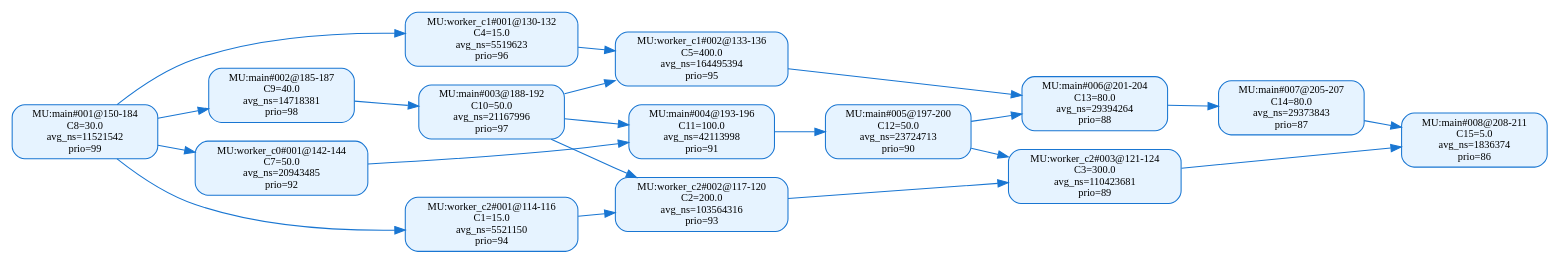
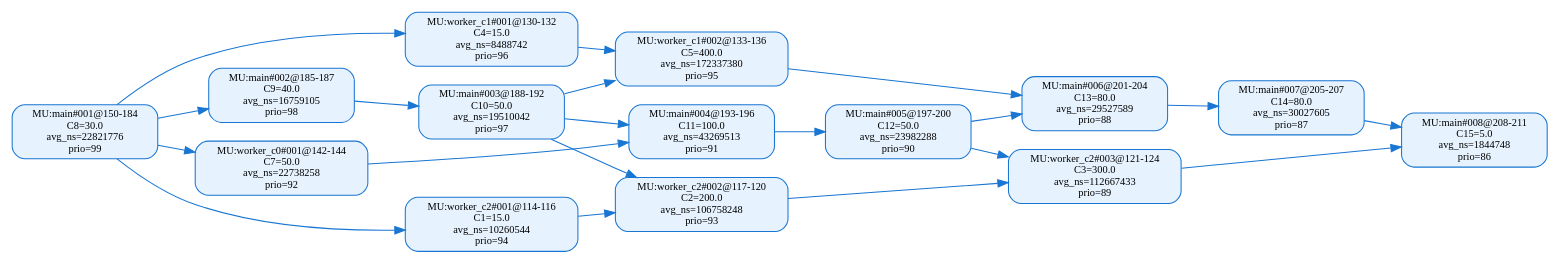
The diagram in 中间结果/zhang2/pipeline/validation/level2/effective_line_merge/lpf/dag_seg_annotated_value.dot (RTS-SYSU/DAG-Gen), drawn with Graphviz before and after one commit. The commit also changed 1118 other files, not shown here.

```diff
--- a/中间结果/zhang2/pipeline/validation/level2/effective_line_merge/lpf/dag_seg_annotated_value.dot
+++ b/中间结果/zhang2/pipeline/validation/level2/effective_line_merge/lpf/dag_seg_annotated_value.dot
@@ -1,38 +1,38 @@
 digraph dag_seg_annotated_value {
   rankdir=LR;
   node [shape=box, style="rounded,filled", fillcolor="#E6F3FF", color="#1976D2", fontsize=10];
   edge [color="#1976D2"];
-  "MU:main#001@150-184" [label="MU:main#001@150-184\nC8=30.0\navg_ns=11521542\nprio=99"];
-  "MU:main#002@185-187" [label="MU:main#002@185-187\nC9=40.0\navg_ns=14718381\nprio=98"];
-  "MU:main#003@188-192" [label="MU:main#003@188-192\nC10=50.0\navg_ns=21167996\nprio=97"];
-  "MU:main#004@193-196" [label="MU:main#004@193-196\nC11=100.0\navg_ns=42113998\nprio=91"];
-  "MU:main#005@197-200" [label="MU:main#005@197-200\nC12=50.0\navg_ns=23724713\nprio=90"];
-  "MU:main#006@201-204" [label="MU:main#006@201-204\nC13=80.0\navg_ns=29394264\nprio=88"];
-  "MU:main#007@205-207" [label="MU:main#007@205-207\nC14=80.0\navg_ns=29373843\nprio=87"];
-  "MU:main#008@208-211" [label="MU:main#008@208-211\nC15=5.0\navg_ns=1836374\nprio=86"];
-  "MU:worker_c0#001@142-144" [label="MU:worker_c0#001@142-144\nC7=50.0\navg_ns=20943485\nprio=92"];
-  "MU:worker_c1#001@130-132" [label="MU:worker_c1#001@130-132\nC4=15.0\navg_ns=5519623\nprio=96"];
-  "MU:worker_c1#002@133-136" [label="MU:worker_c1#002@133-136\nC5=400.0\navg_ns=164495394\nprio=95"];
-  "MU:worker_c2#001@114-116" [label="MU:worker_c2#001@114-116\nC1=15.0\navg_ns=5521150\nprio=94"];
-  "MU:worker_c2#002@117-120" [label="MU:worker_c2#002@117-120\nC2=200.0\navg_ns=103564316\nprio=93"];
-  "MU:worker_c2#003@121-124" [label="MU:worker_c2#003@121-124\nC3=300.0\navg_ns=110423681\nprio=89"];
+  "MU:main#001@150-184" [label="MU:main#001@150-184\nC8=30.0\navg_ns=22821776\nprio=99"];
+  "MU:main#002@185-187" [label="MU:main#002@185-187\nC9=40.0\navg_ns=16759105\nprio=98"];
+  "MU:main#003@188-192" [label="MU:main#003@188-192\nC10=50.0\navg_ns=19510042\nprio=97"];
+  "MU:main#004@193-196" [label="MU:main#004@193-196\nC11=100.0\navg_ns=43269513\nprio=91"];
+  "MU:main#005@197-200" [label="MU:main#005@197-200\nC12=50.0\navg_ns=23982288\nprio=90"];
+  "MU:main#006@201-204" [label="MU:main#006@201-204\nC13=80.0\navg_ns=29527589\nprio=88"];
+  "MU:main#007@205-207" [label="MU:main#007@205-207\nC14=80.0\navg_ns=30027605\nprio=87"];
+  "MU:main#008@208-211" [label="MU:main#008@208-211\nC15=5.0\navg_ns=1844748\nprio=86"];
+  "MU:worker_c0#001@142-144" [label="MU:worker_c0#001@142-144\nC7=50.0\navg_ns=22738258\nprio=92"];
+  "MU:worker_c1#001@130-132" [label="MU:worker_c1#001@130-132\nC4=15.0\navg_ns=8488742\nprio=96"];
+  "MU:worker_c1#002@133-136" [label="MU:worker_c1#002@133-136\nC5=400.0\navg_ns=172337380\nprio=95"];
+  "MU:worker_c2#001@114-116" [label="MU:worker_c2#001@114-116\nC1=15.0\navg_ns=10260544\nprio=94"];
+  "MU:worker_c2#002@117-120" [label="MU:worker_c2#002@117-120\nC2=200.0\navg_ns=106758248\nprio=93"];
+  "MU:worker_c2#003@121-124" [label="MU:worker_c2#003@121-124\nC3=300.0\navg_ns=112667433\nprio=89"];
   "MU:worker_c2#001@114-116" -> "MU:worker_c2#002@117-120";
   "MU:worker_c2#002@117-120" -> "MU:worker_c2#003@121-124";
   "MU:worker_c1#001@130-132" -> "MU:worker_c1#002@133-136";
   "MU:main#001@150-184" -> "MU:main#002@185-187";
   "MU:main#002@185-187" -> "MU:main#003@188-192";
   "MU:main#003@188-192" -> "MU:main#004@193-196";
   "MU:main#004@193-196" -> "MU:main#005@197-200";
   "MU:main#005@197-200" -> "MU:main#006@201-204";
   "MU:main#006@201-204" -> "MU:main#007@205-207";
   "MU:main#007@205-207" -> "MU:main#008@208-211";
   "MU:main#001@150-184" -> "MU:worker_c0#001@142-144";
   "MU:main#001@150-184" -> "MU:worker_c1#001@130-132";
   "MU:main#001@150-184" -> "MU:worker_c2#001@114-116";
   "MU:worker_c0#001@142-144" -> "MU:main#004@193-196";
   "MU:worker_c1#002@133-136" -> "MU:main#006@201-204";
   "MU:worker_c2#003@121-124" -> "MU:main#008@208-211";
   "MU:main#003@188-192" -> "MU:worker_c2#002@117-120";
   "MU:main#005@197-200" -> "MU:worker_c2#003@121-124";
   "MU:main#003@188-192" -> "MU:worker_c1#002@133-136";
 }
```
